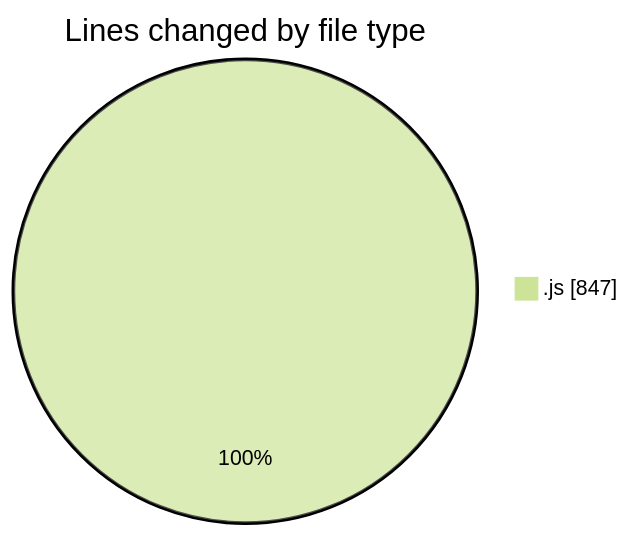
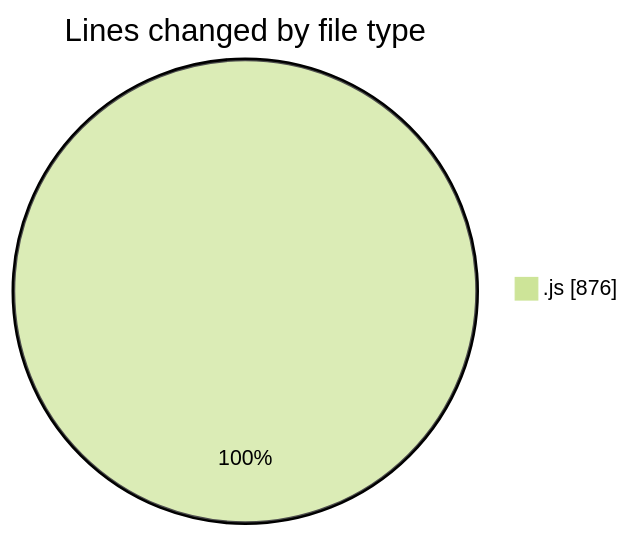
The first of 2 diagrams in 2026-02-04/cda/README.md (momahboobian/code-tracking), drawn with Mermaid (forest theme) before and after one commit. The commit also changed other lines of this file and 1 other file, not shown here.

````diff
--- a/2026-02-04/cda/README.md
+++ b/2026-02-04/cda/README.md
@@ -20,5 +20,5 @@
 ```mermaid
 pie showData
 title Lines changed by file type
-".js" : 847
+".js" : 876
 ```
````
